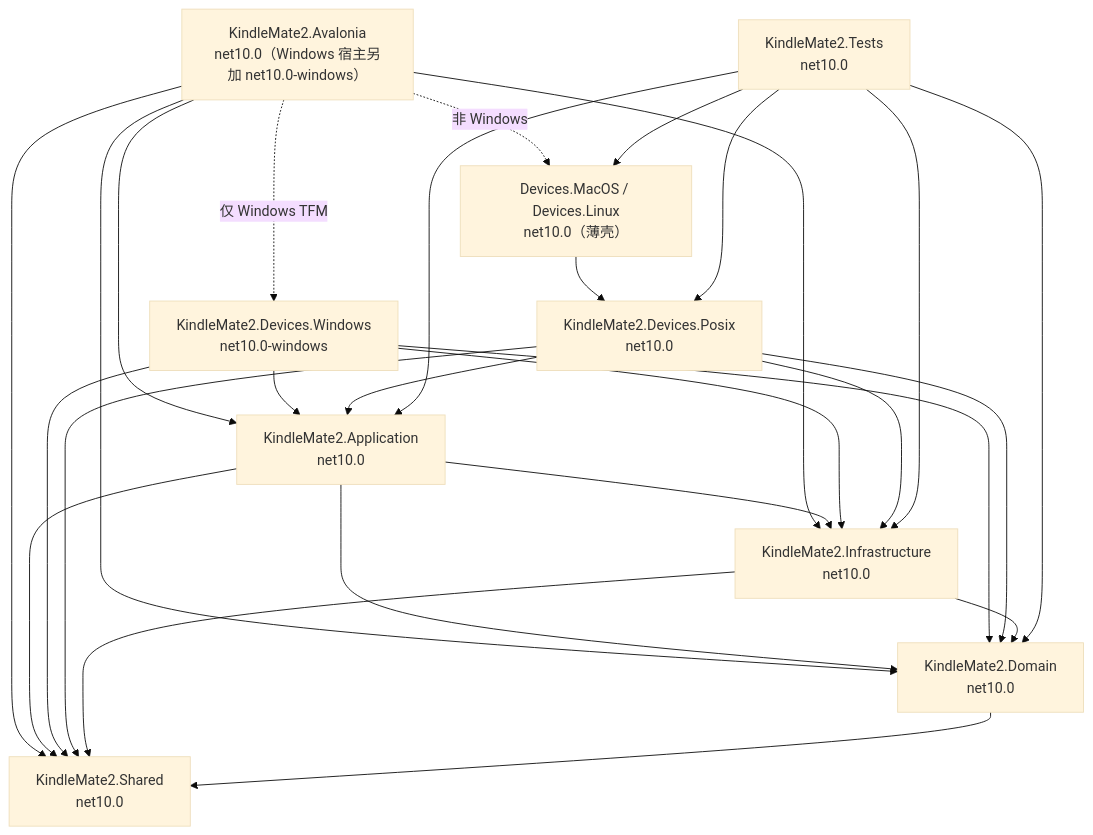
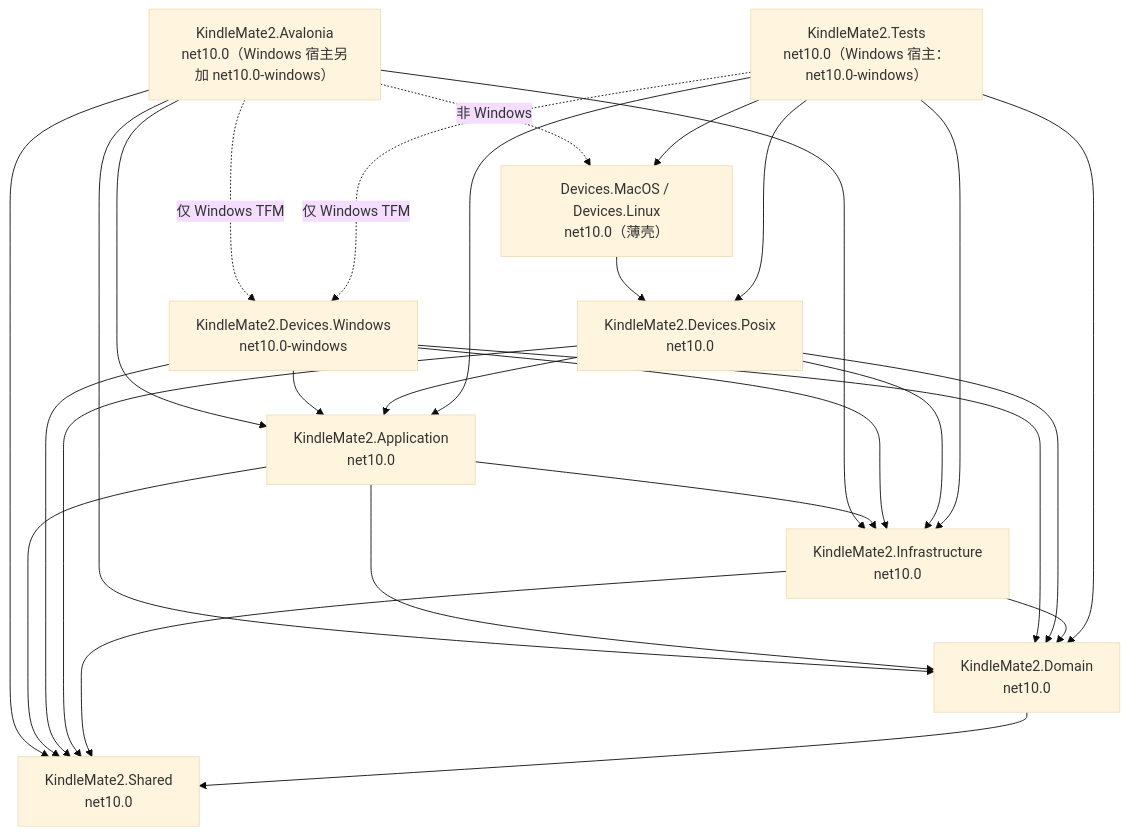
The diagram in arch.md (lzcapp/KindleMate2), drawn with Mermaid (base theme) before and after one commit. The commit also changed other lines of this file and 7 other files, not shown here.

````diff
--- a/arch.md
+++ b/arch.md
@@ -56,35 +56,36 @@
 ```mermaid
 graph TD
     UI["KindleMate2.Avalonia<br/>net10.0（Windows 宿主另加 net10.0-windows）"] --> APP["KindleMate2.Application<br/>net10.0"]
     UI --> INF["KindleMate2.Infrastructure<br/>net10.0"]
     UI --> DOM["KindleMate2.Domain<br/>net10.0"]
     UI --> SH["KindleMate2.Shared<br/>net10.0"]
     UI -. "仅 Windows TFM" .-> DEV["KindleMate2.Devices.Windows<br/>net10.0-windows"]
     UI -. "非 Windows" .-> POS["Devices.MacOS / Devices.Linux<br/>net10.0（薄壳）"]
 
     APP --> DOM
     APP --> INF
     APP --> SH
 
     DEV --> APP
     DEV --> DOM
     DEV --> INF
     DEV --> SH
 
     POS --> POSIX["KindleMate2.Devices.Posix<br/>net10.0"]
     POSIX --> APP
     POSIX --> DOM
     POSIX --> INF
     POSIX --> SH
 
     INF --> DOM
     INF --> SH
 
     DOM --> SH
 
-    T["KindleMate2.Tests<br/>net10.0"] --> APP
+    T["KindleMate2.Tests<br/>net10.0（Windows 宿主：net10.0-windows）"] --> APP
     T --> INF
     T --> DOM
     T --> POS
     T --> POSIX
+    T -. "仅 Windows TFM" .-> DEV
 ```
````
